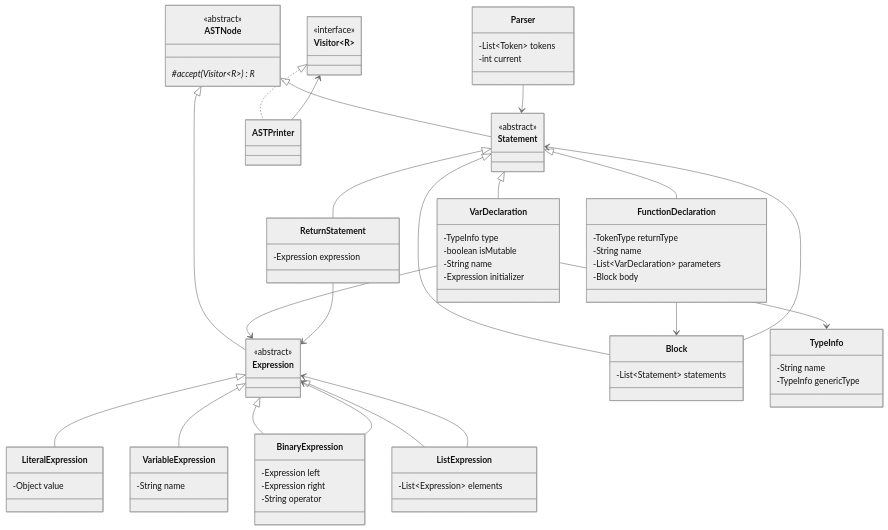
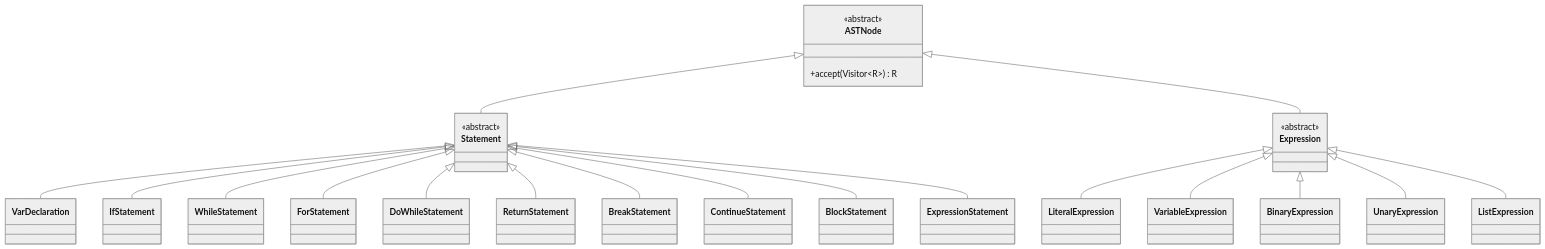
Before and after one commit to alexandevcwa/quetzal-stsc4j: the second of 2 diagrams in quetzal-stsc4j-parser/README.md, drawn with Mermaid (neutral theme). The commit also changed other lines of this file, not shown here.

````diff
--- a/quetzal-stsc4j-parser/README.md
+++ b/quetzal-stsc4j-parser/README.md
@@ -350,103 +118,35 @@
 ```mermaid
 classDiagram
-    %% Core AST
     class ASTNode {
         <<abstract>>
-        #accept(Visitor~R~)* R
+        +accept(Visitor~R~) R
+    }
+    
+    class Statement {
+        <<abstract>>
     }
     
     class Expression {
         <<abstract>>
     }
     
-    class Statement {
-        <<abstract>>
-    }
-    
-    %% Statements
-    class VarDeclaration {
-        -TypeInfo type
-        -boolean isMutable
-        -String name
-        -Expression initializer
-    }
-    
-    class FunctionDeclaration {
-        -TokenType returnType
-        -String name
-        -List~VarDeclaration~ parameters
-        -Block body
-    }
-    
-    class Block {
-        -List~Statement~ statements
-    }
-    
-    class ReturnStatement {
-        -Expression expression
-    }
-    
-    %% Expressions
-    class LiteralExpression {
-        -Object value
-    }
-    
-    class VariableExpression {
-        -String name
-    }
-    
-    class BinaryExpression {
-        -Expression left
-        -Expression right
-        -String operator
-    }
-    
-    class ListExpression {
-        -List~Expression~ elements
-    }
-    
-    %% Support Classes
-    class TypeInfo {
-        -String name
-        -TypeInfo genericType
-    }
-    
-    class Visitor~R~ {
-        <<interface>>
-    }
-    
-    class Parser {
-        -List~Token~ tokens
-        -int current
-    }
-    
-    class ASTPrinter {
-    }
-    
-    %% Inheritance
+    ASTNode <|-- Statement
     ASTNode <|-- Expression
-    ASTNode <|-- Statement
     
     Statement <|-- VarDeclaration
-    Statement <|-- FunctionDeclaration
-    Statement <|-- Block
+    Statement <|-- IfStatement
+    Statement <|-- WhileStatement
+    Statement <|-- ForStatement
+    Statement <|-- DoWhileStatement
     Statement <|-- ReturnStatement
+    Statement <|-- BreakStatement
+    Statement <|-- ContinueStatement
+    Statement <|-- BlockStatement
+    Statement <|-- ExpressionStatement
     
     Expression <|-- LiteralExpression
     Expression <|-- VariableExpression
     Expression <|-- BinaryExpression
+    Expression <|-- UnaryExpression
     Expression <|-- ListExpression
-    
-    Visitor <|.. ASTPrinter
-    
-    %% Associations
-    VarDeclaration --> TypeInfo
-    VarDeclaration --> Expression
-    FunctionDeclaration --> Block
-    Block --> Statement
-    ReturnStatement --> Expression
-    BinaryExpression --> Expression
-    ListExpression --> Expression
-    Parser --> Statement
-    ASTPrinter --> Visitor
 ```
````
